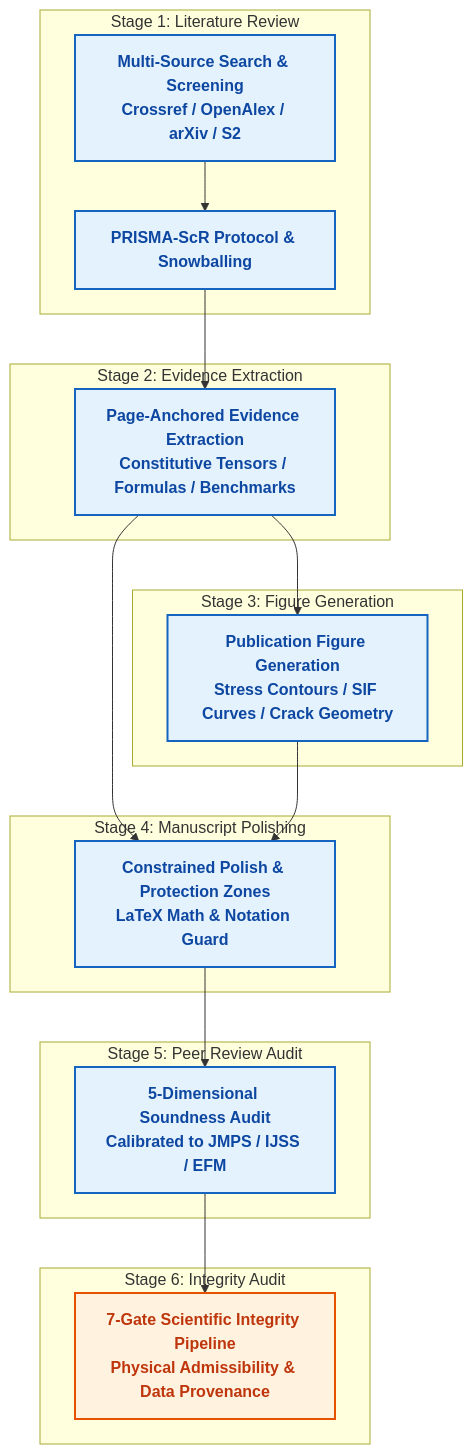
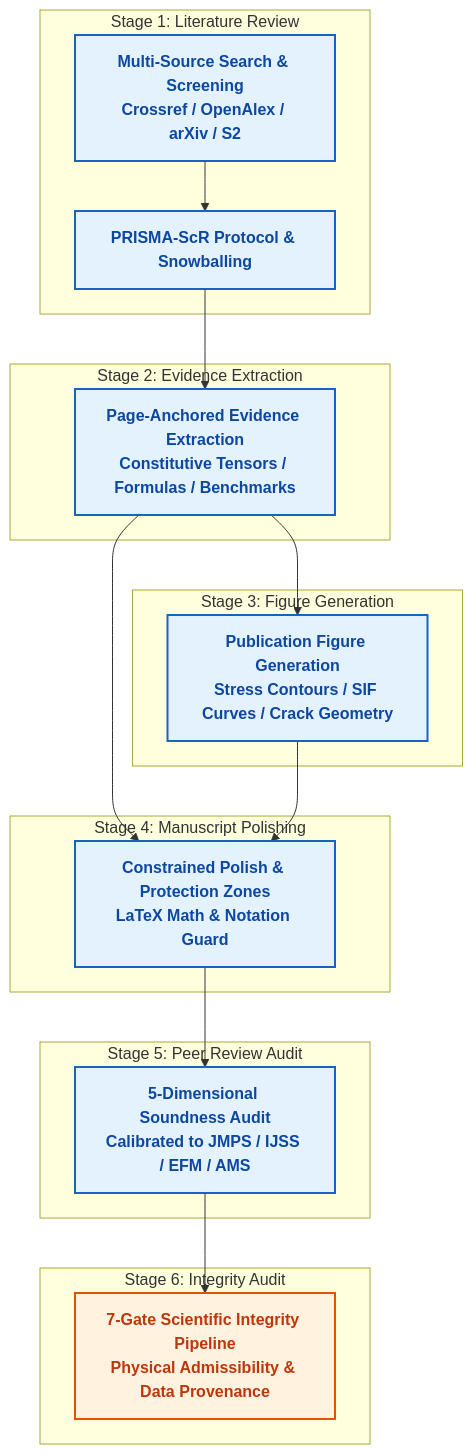
One commit to yq04/mechanics-agent-skills changed the diagram in README.md. Above: the diagram before and after it, drawn with Mermaid. The commit also changed other lines of this file and 10 other files, not shown here.

````diff
--- a/README.md
+++ b/README.md
@@ -50,41 +50,41 @@
 ```mermaid
 flowchart TD
     classDef stageBox fill:#e3f2fd,stroke:#1565c0,stroke-width:2px,color:#0d47a1,font-weight:bold;
     classDef gateBox fill:#fff3e0,stroke:#e65100,stroke-width:2px,color:#bf360c,font-weight:bold;
 
     subgraph S1 ["Stage 1: Literature Review"]
         LR["Multi-Source Search & Screening<br/>Crossref / OpenAlex / arXiv / S2"]
         PR["PRISMA-ScR Protocol & Snowballing"]
         LR --> PR
     end
 
     subgraph S2 ["Stage 2: Evidence Extraction"]
         EE["Page-Anchored Evidence Extraction<br/>Constitutive Tensors / Formulas / Benchmarks"]
     end
 
     subgraph S3 ["Stage 3: Figure Generation"]
         FG["Publication Figure Generation<br/>Stress Contours / SIF Curves / Crack Geometry"]
     end
 
     subgraph S4 ["Stage 4: Manuscript Polishing"]
         MP["Constrained Polish & Protection Zones<br/>LaTeX Math & Notation Guard"]
     end
 
     subgraph S5 ["Stage 5: Peer Review Audit"]
-        RA["5-Dimensional Soundness Audit<br/>Calibrated to JMPS / IJSS / EFM"]
+        RA["5-Dimensional Soundness Audit<br/>Calibrated to JMPS / IJSS / EFM / AMS"]
     end
 
     subgraph S6 ["Stage 6: Integrity Audit"]
         IA["7-Gate Scientific Integrity Pipeline<br/>Physical Admissibility & Data Provenance"]
     end
 
     PR --> EE
     EE --> FG
     EE --> MP
     FG --> MP
     MP --> RA
     RA --> IA
 
     class LR,PR,EE,FG,MP,RA stageBox;
     class IA gateBox;
 ```
````
